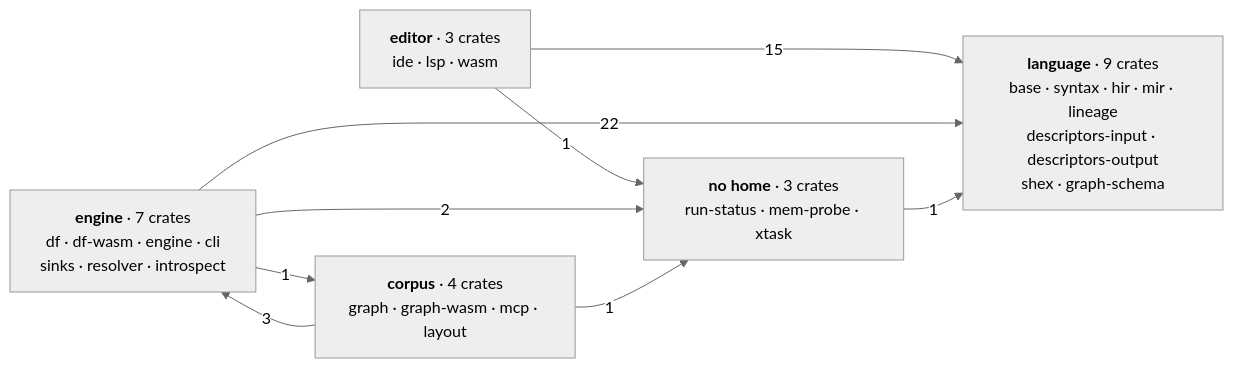
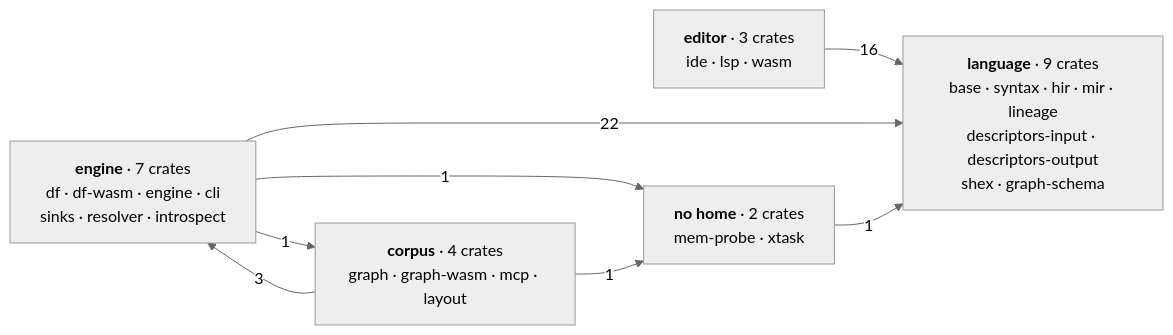
One commit to Kanzo-Tech/fossil-lang changed the diagram in apps/docs/content/docs/(root)/architecture.mdx. Above: the diagram before and after it, drawn with Mermaid (neutral theme). The commit also changed other lines of this file and 2 other files, not shown here.

````diff
--- a/apps/docs/content/docs/(root)/architecture.mdx
+++ b/apps/docs/content/docs/(root)/architecture.mdx
@@ -17,17 +17,16 @@
 ```mermaid
 graph LR
   L["<b>language</b> · 9 crates<br/>base · syntax · hir · mir · lineage<br/>descriptors-input · descriptors-output<br/>shex · graph-schema"]
   E["<b>editor</b> · 3 crates<br/>ide · lsp · wasm"]
   M["<b>engine</b> · 7 crates<br/>df · df-wasm · engine · cli<br/>sinks · resolver · introspect"]
   C["<b>corpus</b> · 4 crates<br/>graph · graph-wasm · mcp · layout"]
-  X["<b>no home</b> · 3 crates<br/>run-status · mem-probe · xtask"]
+  X["<b>no home</b> · 2 crates<br/>mem-probe · xtask"]
 
-  E -->|15| L
+  E -->|16| L
   M -->|22| L
   M -->|1| C
   C -->|3| M
-  E -->|1| X
   X -->|1| L
-  M -->|2| X
+  M -->|1| X
   C -->|1| X
 ```
````
